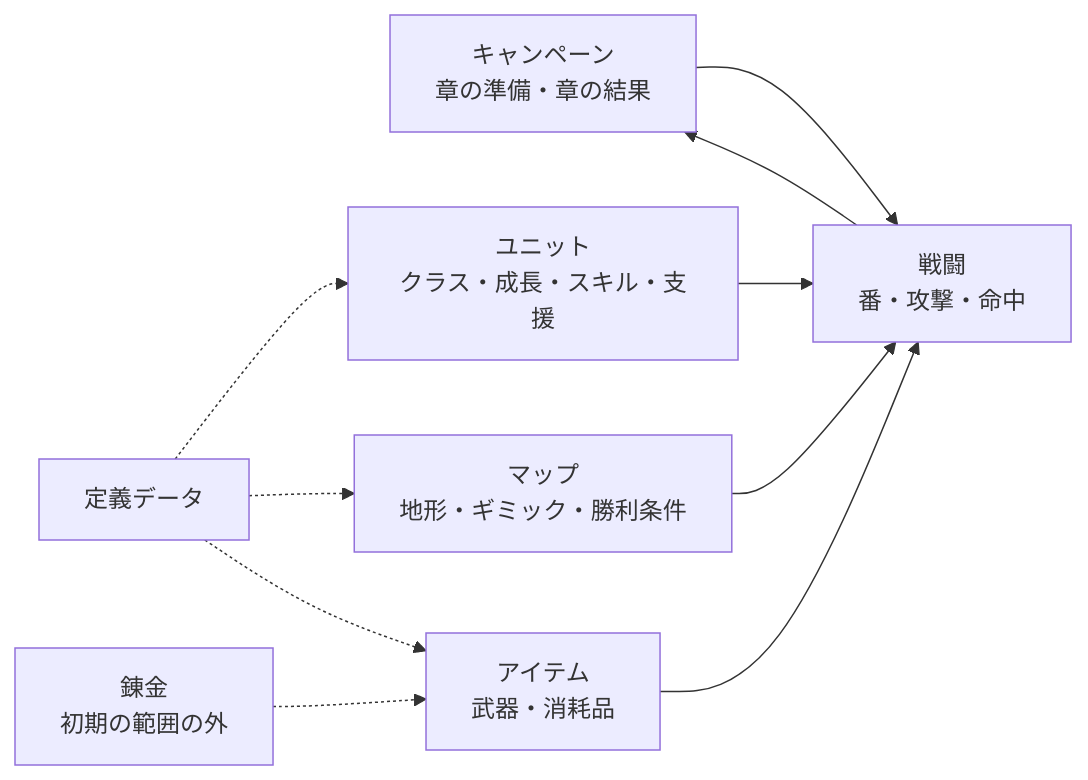
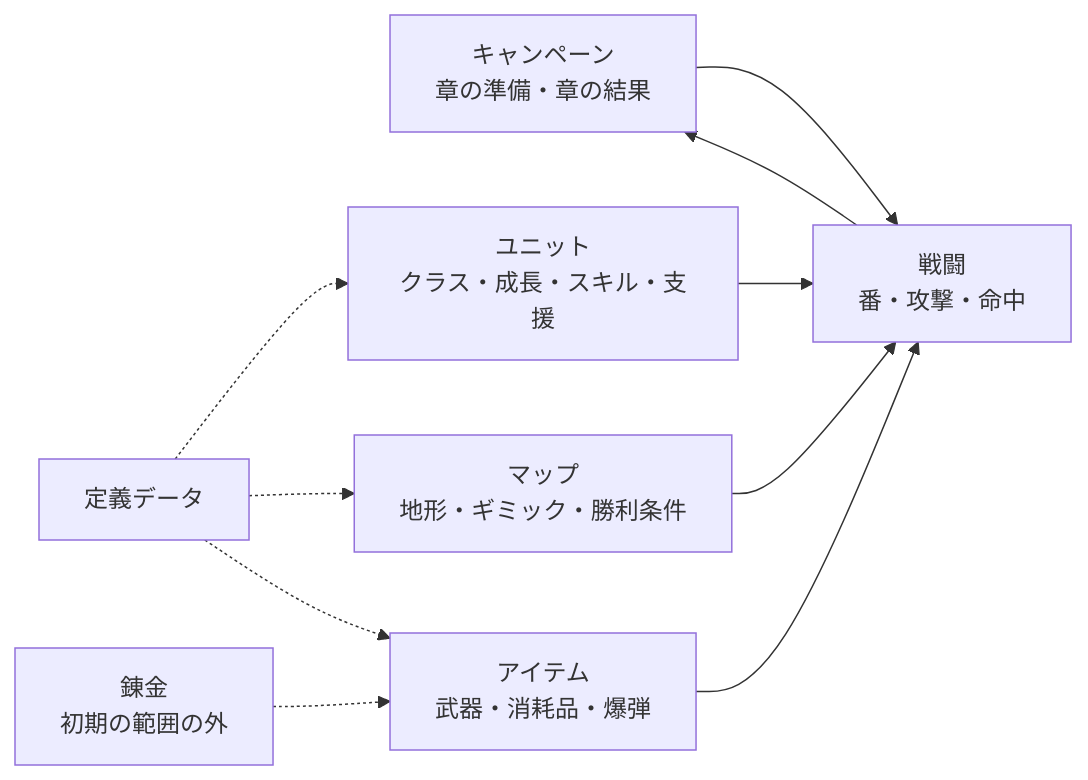
The diagram in docs/02_requirements/srs.md (sakana396/renkin_tactics), drawn with Mermaid before and after one commit. The commit also changed other lines of this file and 1 other file, not shown here.

````diff
--- a/docs/02_requirements/srs.md
+++ b/docs/02_requirements/srs.md
@@ -60,12 +66,12 @@
 ```mermaid
 flowchart LR
   CMP[キャンペーン<br/>章の準備・章の結果] --> BTL[戦闘<br/>番・攻撃・命中]
   BTL --> CMP
   UNT[ユニット<br/>クラス・成長・スキル・支援] --> BTL
   MAP[マップ<br/>地形・ギミック・勝利条件] --> BTL
-  ITM[アイテム<br/>武器・消耗品] --> BTL
+  ITM[アイテム<br/>武器・消耗品・爆弾] --> BTL
   ALC[錬金<br/>初期の範囲の外] -.-> ITM
   DAT[定義データ] -.-> UNT
   DAT -.-> MAP
   DAT -.-> ITM
 ```
````
